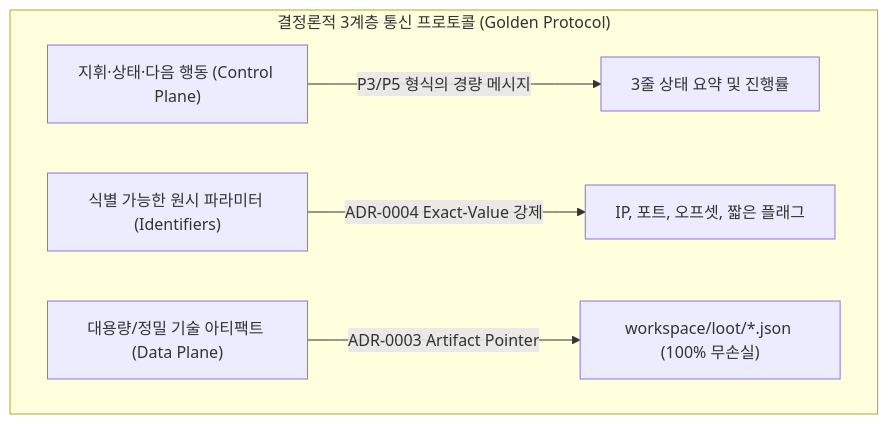
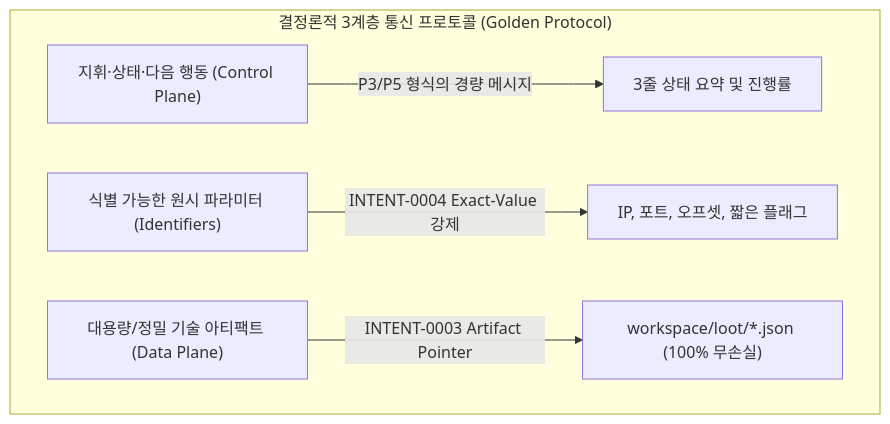
One commit to agnusdei1207/minimal-agent changed the second of 2 diagrams in docs/experiments/information-loss/PAPER.md. Above: the diagram before and after it, drawn with Mermaid. The commit also changed other lines of this file and 41 other files, not shown here.

````diff
--- a/docs/experiments/information-loss/PAPER.md
+++ b/docs/experiments/information-loss/PAPER.md
@@ -157,8 +157,8 @@
 ```mermaid
 graph TD
     subgraph Rule ["결정론적 3계층 통신 프로토콜 (Golden Protocol)"]
         D1["지휘·상태·다음 행동 (Control Plane)"] -->|"P3/P5 형식의 경량 메시지"| D1_Out["3줄 상태 요약 및 진행률"]
-        D2["식별 가능한 원시 파라미터 (Identifiers)"] -->|"ADR-0004 Exact-Value 강제"| D2_Out["IP, 포트, 오프셋, 짧은 플래그"]
-        D3["대용량/정밀 기술 아티팩트 (Data Plane)"] -->|"ADR-0003 Artifact Pointer"| D3_Out["workspace/loot/*.json (100% 무손실)"]
+        D2["식별 가능한 원시 파라미터 (Identifiers)"] -->|"INTENT-0004 Exact-Value 강제"| D2_Out["IP, 포트, 오프셋, 짧은 플래그"]
+        D3["대용량/정밀 기술 아티팩트 (Data Plane)"] -->|"INTENT-0003 Artifact Pointer"| D3_Out["workspace/loot/*.json (100% 무손실)"]
     end
 ```
````
